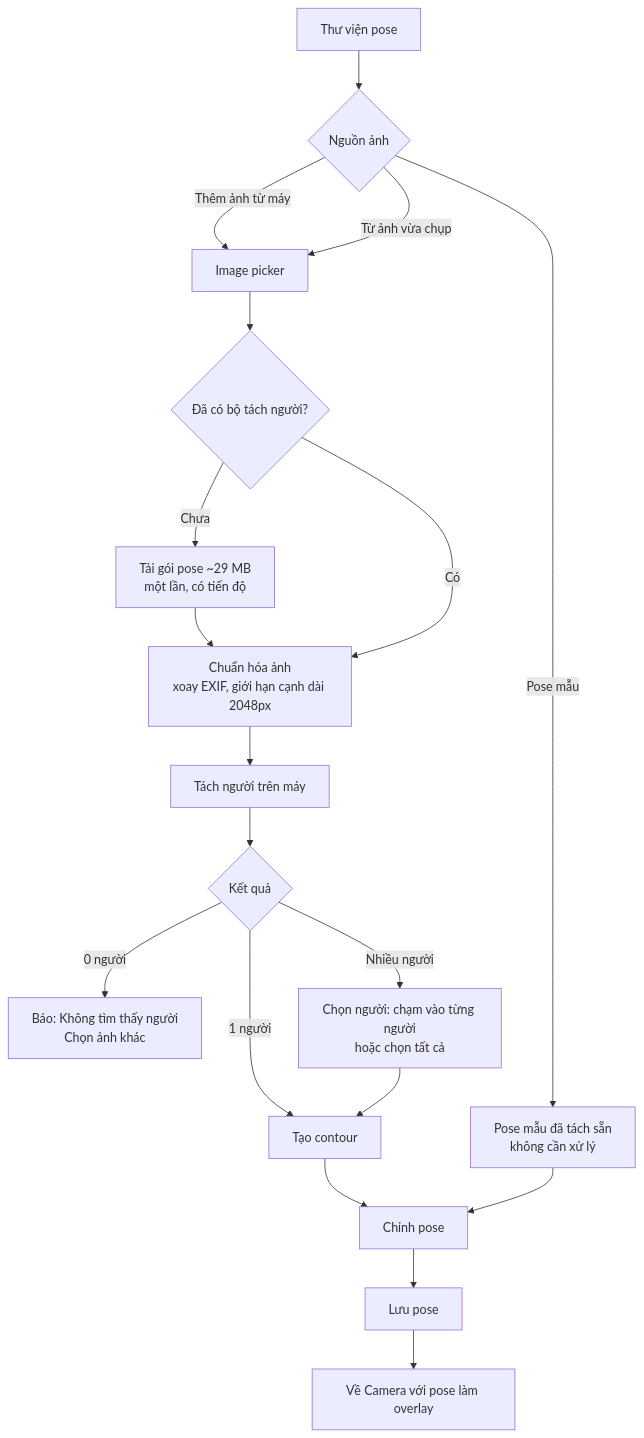
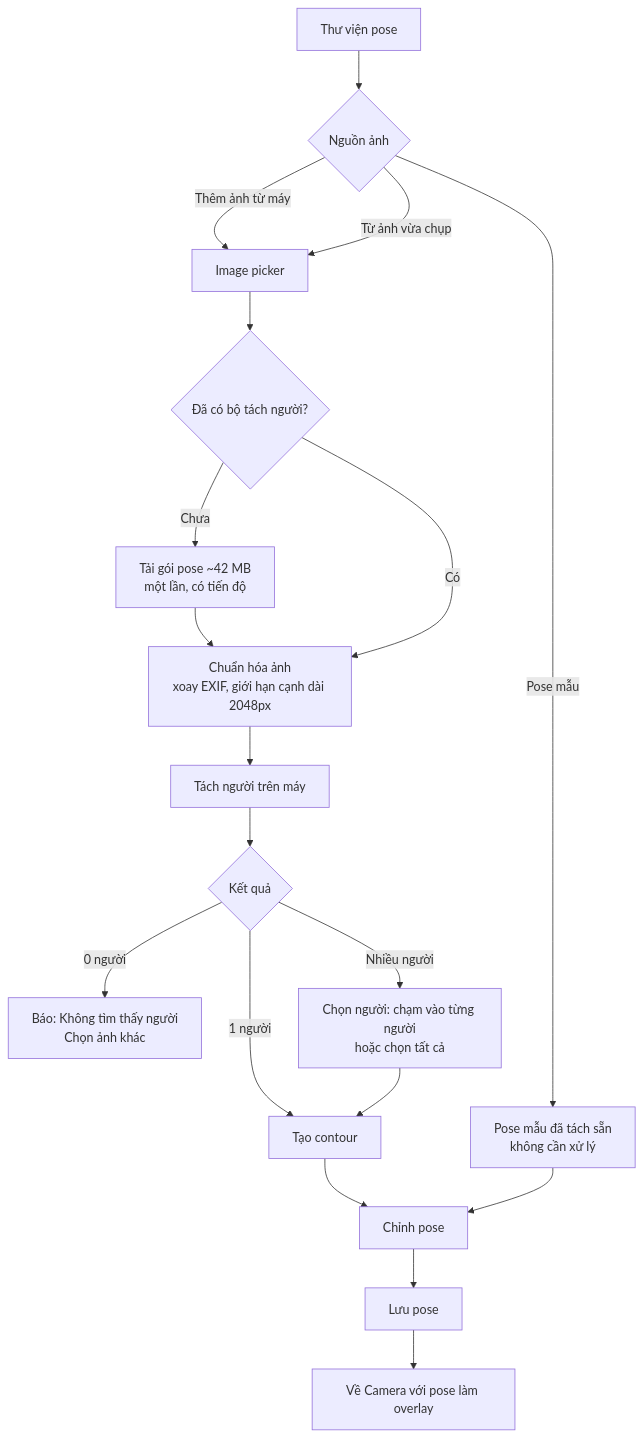
One commit to tktnq2004/TakeASnap changed the third of 7 diagrams in docs/business-flow.md. Above: the diagram before and after it, drawn with Mermaid. The commit also changed other lines of this file and 18 other files, not shown here.

````diff
--- a/docs/business-flow.md
+++ b/docs/business-flow.md
@@ -139,21 +141,21 @@
 ```mermaid
 flowchart TD
     A[Thư viện pose] --> B{Nguồn ảnh}
     B -- "Thêm ảnh từ máy" --> P[Image picker]
     B -- "Pose mẫu" --> S[Pose mẫu đã tách sẵn<br/>không cần xử lý]
     B -- "Từ ảnh vừa chụp" --> P
     P --> DL{Đã có bộ tách người?}
-    DL -- "Chưa" --> DLG[Tải gói pose ~29 MB<br/>một lần, có tiến độ]
+    DL -- "Chưa" --> DLG[Tải gói pose ~42 MB<br/>một lần, có tiến độ]
     DLG --> Q
     DL -- "Có" --> Q[Chuẩn hóa ảnh<br/>xoay EXIF, giới hạn cạnh dài 2048px]
     Q --> R[Tách người trên máy]
     R --> D{Kết quả}
     D -- "0 người" --> E1[Báo: Không tìm thấy người<br/>Chọn ảnh khác]
     D -- "1 người" --> CT[Tạo contour]
     D -- "Nhiều người" --> M[Chọn người: chạm vào từng người<br/>hoặc chọn tất cả]
     M --> CT
     CT --> ED[Chỉnh pose]
     S --> ED
     ED --> SV[Lưu pose]
     SV --> CAM[Về Camera với pose làm overlay]
 ```
````
